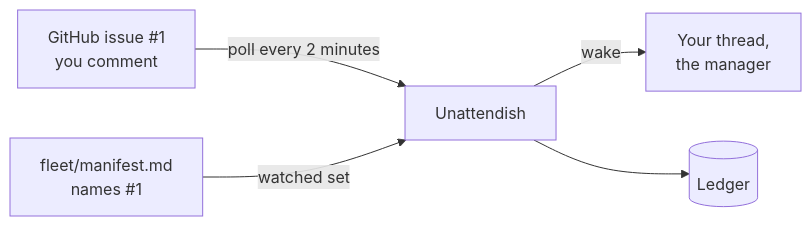
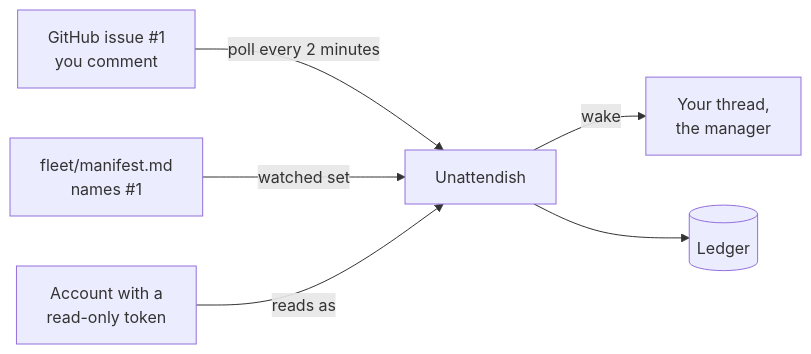
The diagram in docs/tutorials/unattendish-first-run.md (gperezmz/bb-plugins), drawn with Mermaid before and after one commit. The commit also changed other lines of this file and 12 other files, not shown here.

````diff
--- a/docs/tutorials/unattendish-first-run.md
+++ b/docs/tutorials/unattendish-first-run.md
@@ -5,7 +5,8 @@
 ```mermaid
 flowchart LR
   gh["GitHub issue #1<br/>you comment"] -->|poll every 2 minutes| plugin["Unattendish"]
   manifest["fleet/manifest.md<br/>names #1"] -->|watched set| plugin
+  token["Account with a<br/>read-only token"] -->|reads as| plugin
   plugin -->|wake| thread["Your thread,<br/>the manager"]
   plugin --> ledger[("Ledger")]
 ```
````
